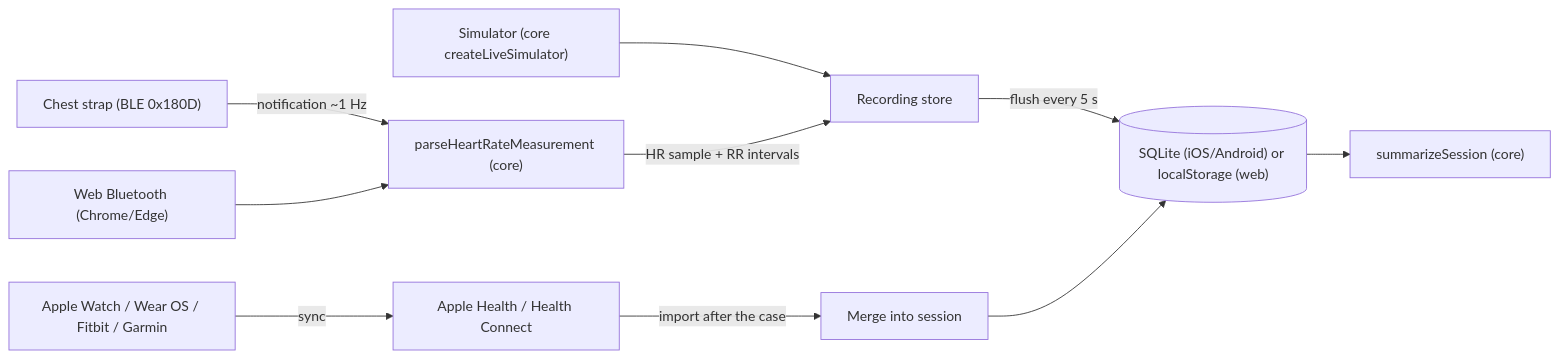
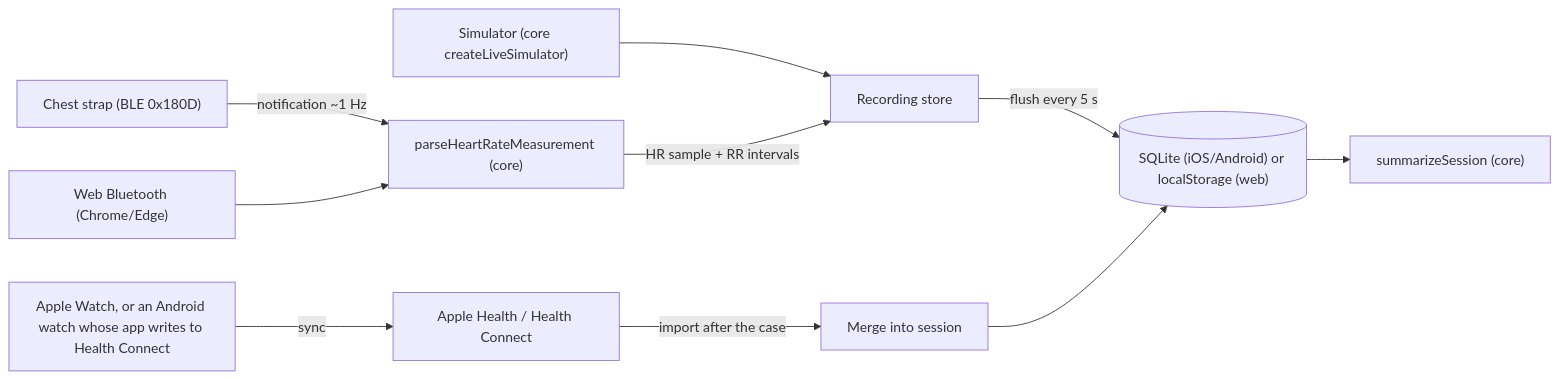
Before and after one commit to omargad/Assistive-technology-for-surgeons: the diagram in docs/hardware.md, drawn with Mermaid. The commit also changed other lines of this file and 37 other files, not shown here.

````diff
--- a/docs/hardware.md
+++ b/docs/hardware.md
@@ -45,12 +45,12 @@
 ```mermaid
 flowchart LR
   strap["Chest strap (BLE 0x180D)"] -->|"notification ~1 Hz"| parse["parseHeartRateMeasurement (core)"]
   browser["Web Bluetooth (Chrome/Edge)"] --> parse
   sim["Simulator (core createLiveSimulator)"] --> store
   parse -->|"HR sample + RR intervals"| store["Recording store"]
   store -->|"flush every 5 s"| db[("SQLite (iOS/Android) or localStorage (web)")]
-  watch["Apple Watch / Wear OS / Fitbit / Garmin"] -->|"sync"| hs["Apple Health / Health Connect"]
+  watch["Apple Watch, or an Android watch whose app writes to Health Connect"] -->|"sync"| hs["Apple Health / Health Connect"]
   hs -->|"import after the case"| merge["Merge into session"]
   merge --> db
   db --> summary["summarizeSession (core)"]
 ```
````
